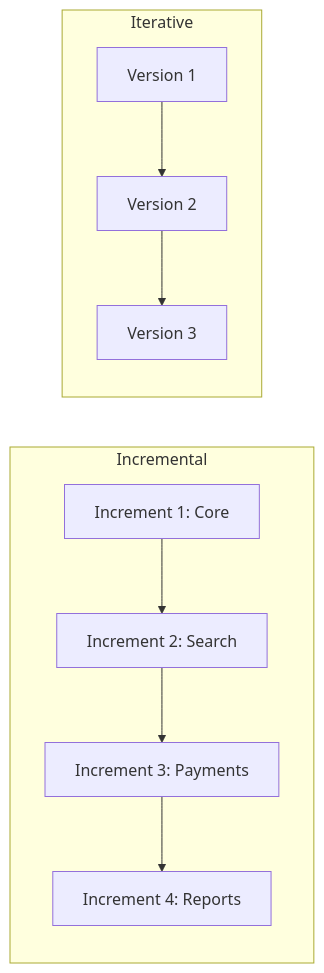
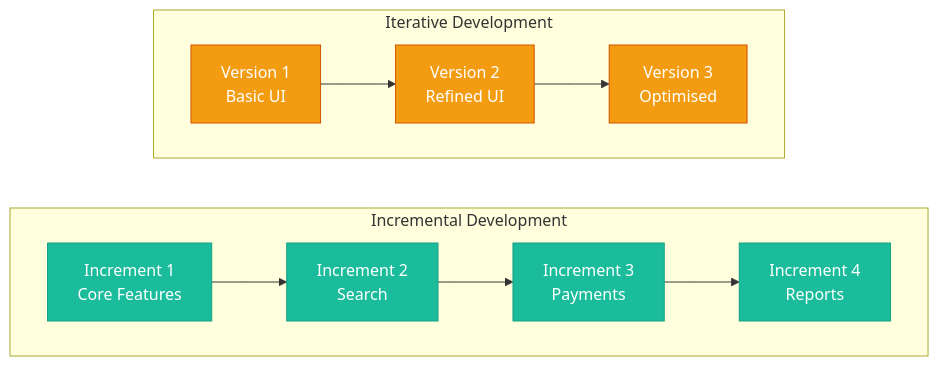
The fourth of 8 diagrams in docs/courses/software-engineering/01-process-models.md (Raushan666java/ai-engineering-journey), drawn with Mermaid before and after one commit. The commit also changed other lines of this file and 15 other files, not shown here.

Commit message:
deploy: software-engineering overhaul - 16 chapters expanded to avg 1284L (+7649L), richer Mermaid, more TS, deeper content

````diff
--- a/docs/courses/software-engineering/01-process-models.md
+++ b/docs/courses/software-engineering/01-process-models.md
@@ -102,12 +140,19 @@
 ```mermaid
 graph LR
-    subgraph "Incremental"
-        I1[Increment 1: Core] --> I2[Increment 2: Search]
-        I2 --> I3[Increment 3: Payments]
-        I3 --> I4[Increment 4: Reports]
+    subgraph "Incremental Development"
+        direction LR
+        I1[Increment 1<br/>Core Features] --> I2[Increment 2<br/>Search]
+        I2 --> I3[Increment 3<br/>Payments]
+        I3 --> I4[Increment 4<br/>Reports]
     end
-    subgraph "Iterative"
-        J1[Version 1] --> J2[Version 2]
-        J2 --> J3[Version 3]
+    subgraph "Iterative Development"
+        direction LR
+        J1[Version 1<br/>Basic UI] --> J2[Version 2<br/>Refined UI]
+        J2 --> J3[Version 3<br/>Optimised]
     end
+
+    classDef inc fill:#1abc9c,stroke:#16a085,color:#fff
+    classDef iter fill:#f39c12,stroke:#d35400,color:#fff
+    class I1,I2,I3,I4 inc
+    class J1,J2,J3 iter
 ```
````
